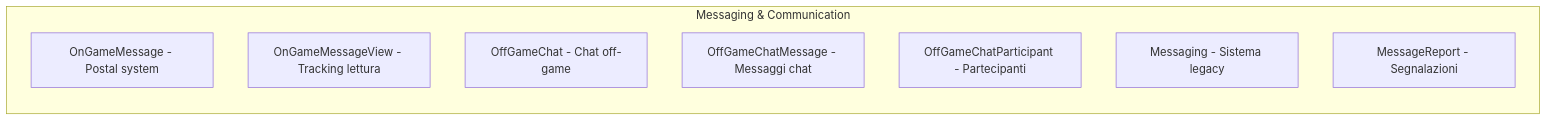
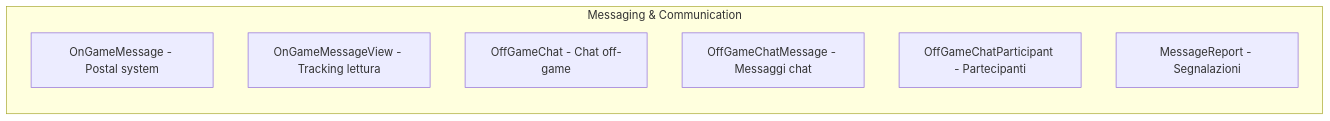
Before and after one commit to pagliagen/tenpennynovels: the fifth of 13 diagrams in docs/01-infrastructure/mongodb-schemas.md, drawn with Mermaid. The commit also changed other lines of this file and 86 other files, not shown here.

````diff
--- a/docs/01-infrastructure/mongodb-schemas.md
+++ b/docs/01-infrastructure/mongodb-schemas.md
@@ -69,12 +65,11 @@
 ```mermaid
 flowchart LR
     subgraph MsgComm["Messaging & Communication"]
         OnGameMessage[OnGameMessage - Postal system]
         OnGameMessageView[OnGameMessageView - Tracking lettura]
         OffGameChat[OffGameChat - Chat off-game]
         OffGameChatMessage[OffGameChatMessage - Messaggi chat]
         OffGameChatParticipant[OffGameChatParticipant - Partecipanti]
-        MessagingLegacy[Messaging - Sistema legacy]
         MessageReport[MessageReport - Segnalazioni]
     end
 ```
````
